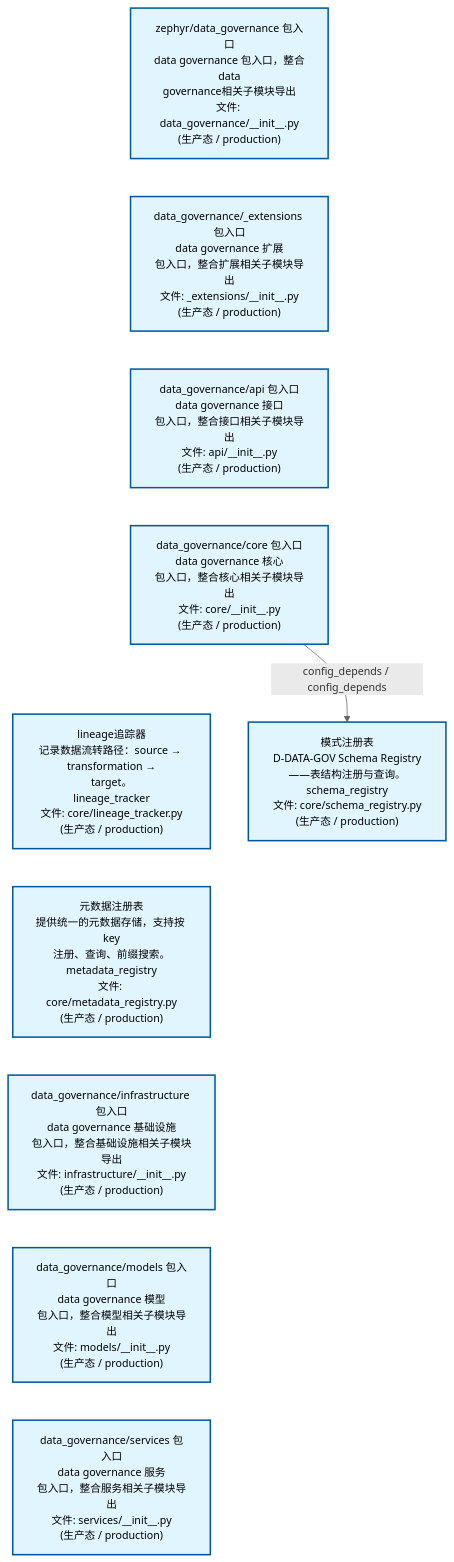
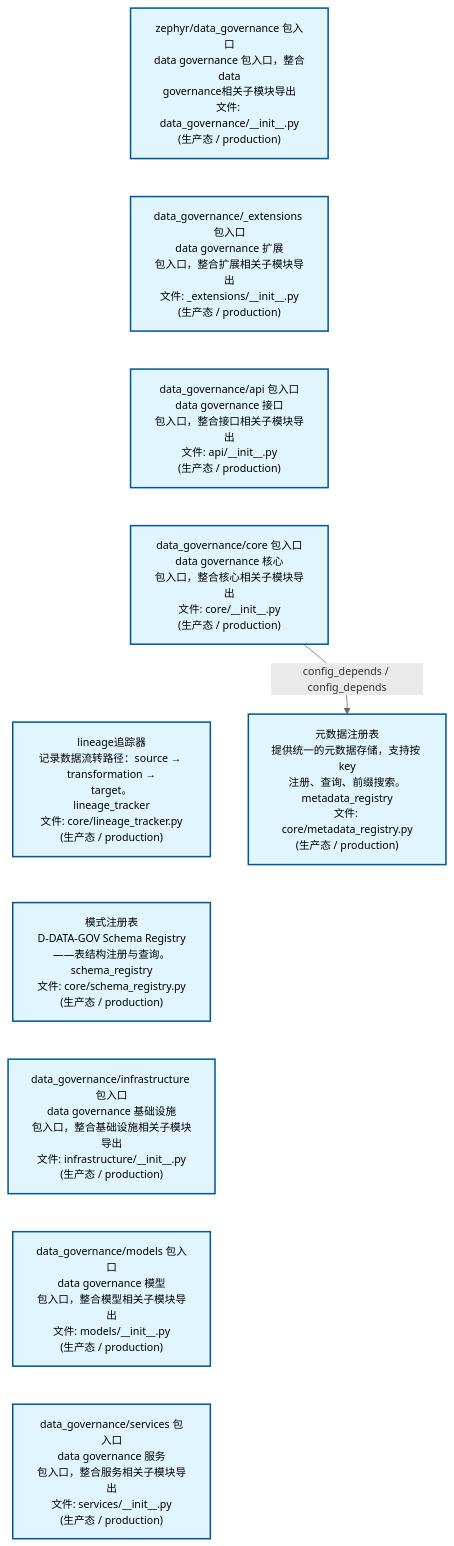
Before and after one commit to xuanFelixVan/ZephyrAlpha: the second of 3 diagrams in docs/02_enterprise_architecture/02_domain_architecture_docs/13_d_data_gov.md, drawn with Mermaid. The commit also changed other lines of this file and 40 other files, not shown here.

````diff
--- a/docs/02_enterprise_architecture/02_domain_architecture_docs/13_d_data_gov.md
+++ b/docs/02_enterprise_architecture/02_domain_architecture_docs/13_d_data_gov.md
@@ -89,28 +89,28 @@
 ```mermaid
 %%{init: {'theme': 'base', 'themeVariables': {'primaryColor': '#eaeaea', 'primaryTextColor': '#333333', 'primaryBorderColor': '#666666', 'lineColor': '#666666', 'secondaryColor': '#eaeaea', 'tertiaryColor': '#eaeaea', 'fontSize': '14px'}}}%%
 flowchart TD
     src_zephyr_data_governance_init_py["zephyr/data_governance 包入口<br/>data governance 包入口，整合data<br/>governance相关子模块导出<br/>文件: data_governance/__init__.py<br/>(生产态 / production)"]
     src_zephyr_data_governance_extensions_init_py["data_governance/_extensions 包入口<br/>data governance 扩展<br/>包入口，整合扩展相关子模块导出<br/>文件: _extensions/__init__.py<br/>(生产态 / production)"]
     src_zephyr_data_governance_api_init_py["data_governance/api 包入口<br/>data governance 接口<br/>包入口，整合接口相关子模块导出<br/>文件: api/__init__.py<br/>(生产态 / production)"]
     src_zephyr_data_governance_core_init_py["data_governance/core 包入口<br/>data governance 核心<br/>包入口，整合核心相关子模块导出<br/>文件: core/__init__.py<br/>(生产态 / production)"]
     src_zephyr_data_governance_core_lineage_tracker_py["lineage追踪器<br/>记录数据流转路径：source → transformation →<br/>target。<br/>lineage_tracker<br/>文件: core/lineage_tracker.py<br/>(生产态 / production)"]
-    src_zephyr_data_governance_core_metadata_registry_py["元数据注册表<br/>提供统一的元数据存储，支持按 key<br/>注册、查询、前缀搜索。<br/>metadata_registry<br/>文件: core/metadata_registry.py<br/>(生产态 / production)"]
+    src_zephyr_data_governance_core_schema_registry_py["模式注册表<br/>D-DATA-GOV Schema Registry——表结构注册与查询。<br/>schema_registry<br/>文件: core/schema_registry.py<br/>(生产态 / production)"]
     src_zephyr_data_governance_infrastructure_init_py["data_governance/infrastructure 包入口<br/>data governance 基础设施<br/>包入口，整合基础设施相关子模块导出<br/>文件: infrastructure/__init__.py<br/>(生产态 / production)"]
     src_zephyr_data_governance_models_init_py["data_governance/models 包入口<br/>data governance 模型<br/>包入口，整合模型相关子模块导出<br/>文件: models/__init__.py<br/>(生产态 / production)"]
     src_zephyr_data_governance_services_init_py["data_governance/services 包入口<br/>data governance 服务<br/>包入口，整合服务相关子模块导出<br/>文件: services/__init__.py<br/>(生产态 / production)"]
     src_zephyr_data_governance_init_py ~~~ src_zephyr_data_governance_extensions_init_py
     src_zephyr_data_governance_extensions_init_py ~~~ src_zephyr_data_governance_api_init_py
     src_zephyr_data_governance_api_init_py ~~~ src_zephyr_data_governance_core_init_py
     src_zephyr_data_governance_core_init_py ~~~ src_zephyr_data_governance_core_lineage_tracker_py
-    src_zephyr_data_governance_core_lineage_tracker_py ~~~ src_zephyr_data_governance_core_metadata_registry_py
-    src_zephyr_data_governance_core_metadata_registry_py ~~~ src_zephyr_data_governance_infrastructure_init_py
+    src_zephyr_data_governance_core_lineage_tracker_py ~~~ src_zephyr_data_governance_core_schema_registry_py
+    src_zephyr_data_governance_core_schema_registry_py ~~~ src_zephyr_data_governance_infrastructure_init_py
     src_zephyr_data_governance_infrastructure_init_py ~~~ src_zephyr_data_governance_models_init_py
     src_zephyr_data_governance_models_init_py ~~~ src_zephyr_data_governance_services_init_py
-    src_zephyr_data_governance_core_schema_registry_py["模式注册表<br/>D-DATA-GOV Schema Registry——表结构注册与查询。<br/>schema_registry<br/>文件: core/schema_registry.py<br/>(生产态 / production)"]
-    src_zephyr_data_governance_core_init_py -->|config_depends / config_depends| src_zephyr_data_governance_core_schema_registry_py
+    src_zephyr_data_governance_core_metadata_registry_py["元数据注册表<br/>提供统一的元数据存储，支持按 key<br/>注册、查询、前缀搜索。<br/>metadata_registry<br/>文件: core/metadata_registry.py<br/>(生产态 / production)"]
+    src_zephyr_data_governance_core_init_py -->|config_depends / config_depends| src_zephyr_data_governance_core_metadata_registry_py
     classDef production fill:#e1f5fe,stroke:#01579b,stroke-width:2px,color:#000
     classDef design fill:#fff3e0,stroke:#e65100,stroke-width:2px,color:#000,stroke-dasharray: 5 5
     classDef external_prod fill:#e8f4fd,stroke:#0277bd,stroke-width:1px,color:#000
     classDef external_design fill:#fff8e7,stroke:#ef6c00,stroke-width:1px,color:#000,stroke-dasharray: 5 5
     class src_zephyr_data_governance_init_py,src_zephyr_data_governance_extensions_init_py,src_zephyr_data_governance_api_init_py,src_zephyr_data_governance_core_init_py,src_zephyr_data_governance_core_lineage_tracker_py,src_zephyr_data_governance_core_metadata_registry_py,src_zephyr_data_governance_core_schema_registry_py,src_zephyr_data_governance_infrastructure_init_py,src_zephyr_data_governance_models_init_py,src_zephyr_data_governance_services_init_py production
 ```
````
